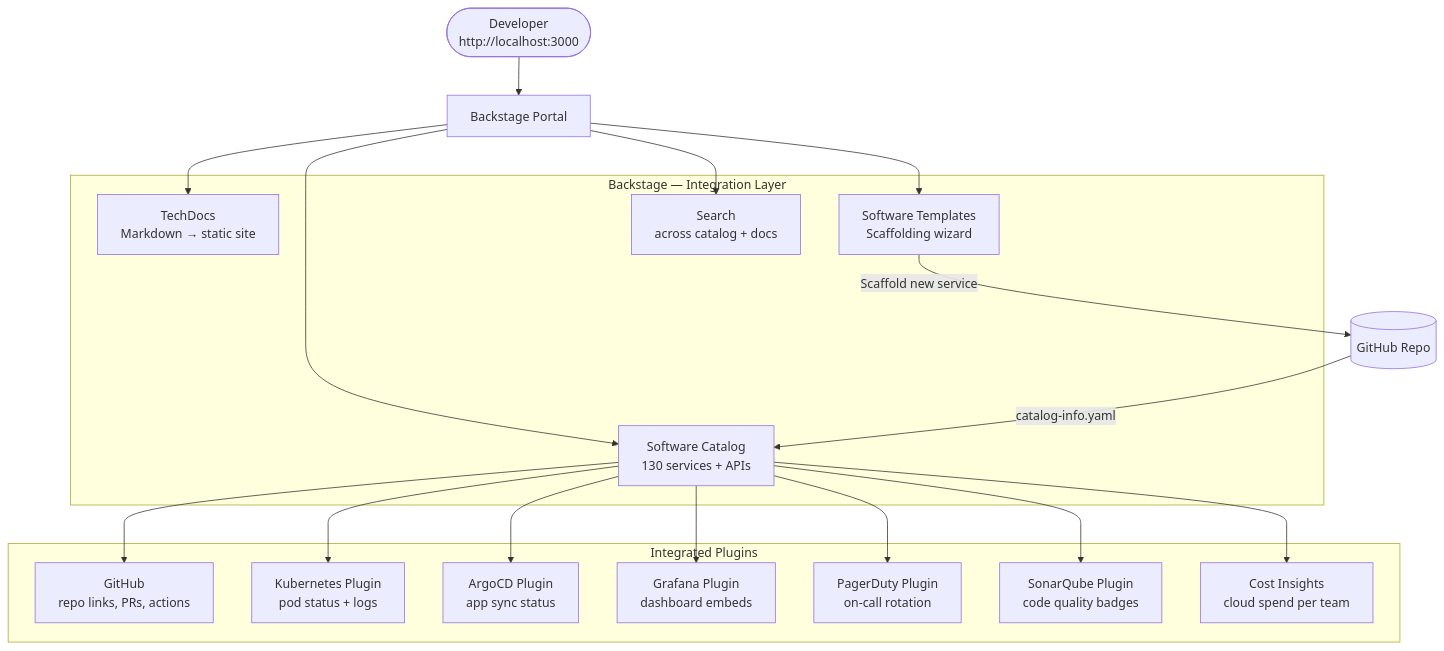
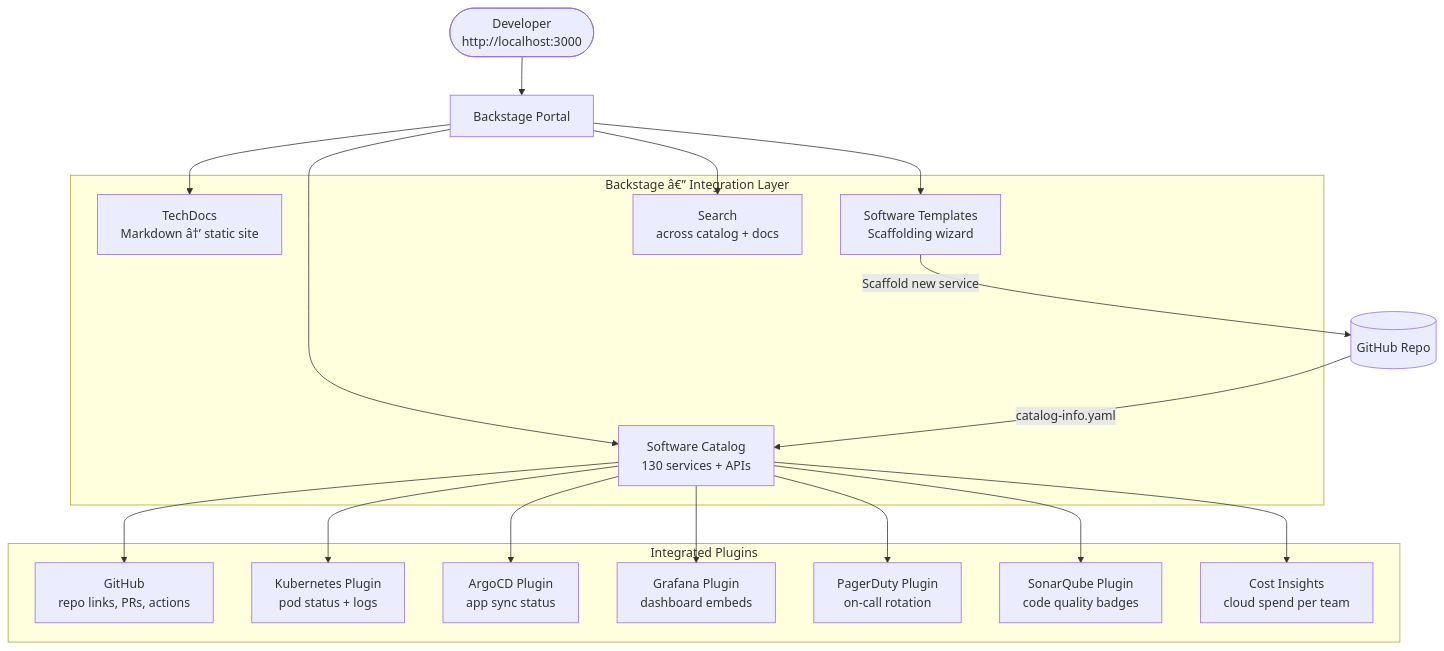
Before and after one commit to prabhat-roy/ShopOS: the diagram in backstage/README.md, drawn with Mermaid. The commit also changed other lines of this file and 403 other files, not shown here.

````diff
--- a/backstage/README.md
+++ b/backstage/README.md
@@ -41,34 +41,34 @@
 ```mermaid
 graph TD
     DEV([Developer\nhttp://localhost:3000]) --> BS[Backstage Portal]
 
-    subgraph Backstage["Backstage — Integration Layer"]
+    subgraph Backstage["Backstage â€” Integration Layer"]
         SC[Software Catalog\n130 services + APIs]
-        TD[TechDocs\nMarkdown → static site]
+        TD[TechDocs\nMarkdown â†’ static site]
         TEMPL[Software Templates\nScaffolding wizard]
         SEARCH[Search\nacross catalog + docs]
     end
 
     BS --> SC & TD & TEMPL & SEARCH
 
     subgraph Plugins["Integrated Plugins"]
         GH[GitHub\nrepo links, PRs, actions]
         K8SP[Kubernetes Plugin\npod status + logs]
         ACD[ArgoCD Plugin\napp sync status]
         GF[Grafana Plugin\ndashboard embeds]
         PD[PagerDuty Plugin\non-call rotation]
         SONAR[SonarQube Plugin\ncode quality badges]
         COST[Cost Insights\ncloud spend per team]
     end
 
     SC --> GH
     SC --> K8SP
     SC --> ACD
     SC --> GF
     SC --> PD
     SC --> SONAR
     SC --> COST
 
     TEMPL -->|Scaffold new service| GHREPO[(GitHub Repo)]
     GHREPO -->|catalog-info.yaml| SC
 ```
````
